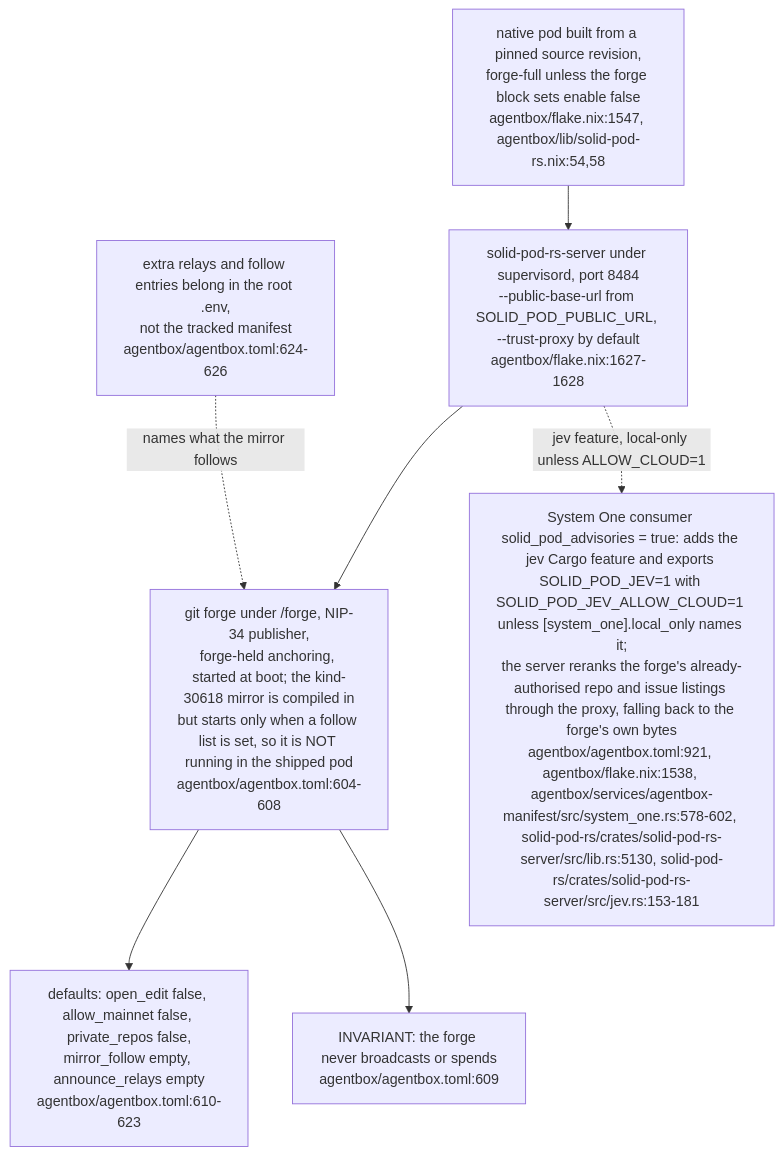
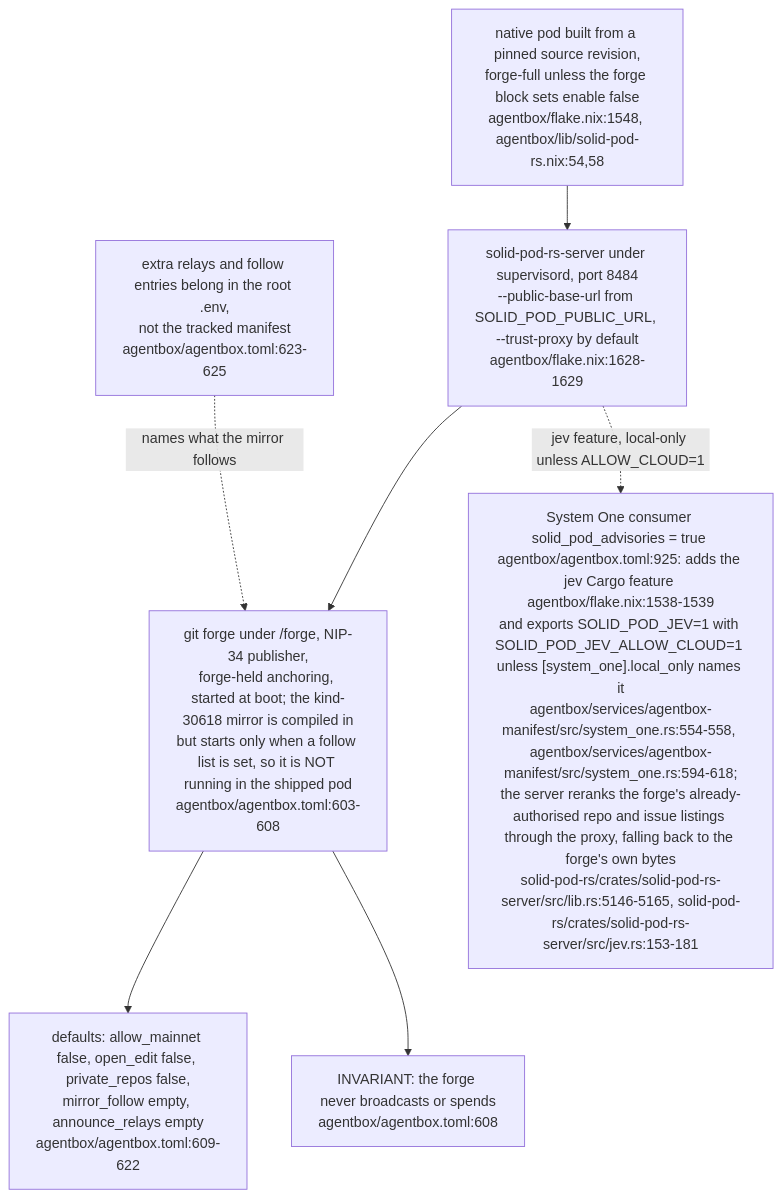
Before and after one commit to DreamLab-AI/VisionFlow: diagram 13 of 13 in docs/diagrams/estate/08-solid-pod-estate.md, drawn with Mermaid. The commit also changed other lines of this file and 91 other files, not shown here.

````diff
--- a/docs/diagrams/estate/08-solid-pod-estate.md
+++ b/docs/diagrams/estate/08-solid-pod-estate.md
@@ -528,15 +552,15 @@
 ```mermaid
 flowchart TB
-    PIN["native pod built from a pinned source revision,<br/>forge-full unless the forge block sets enable false<br/>agentbox/flake.nix:1547, agentbox/lib/solid-pod-rs.nix:54,58"]
-    SRV["solid-pod-rs-server under supervisord, port 8484<br/>--public-base-url from SOLID_POD_PUBLIC_URL, --trust-proxy by default<br/>agentbox/flake.nix:1627-1628"]
-    FORGE["git forge under /forge, NIP-34 publisher,<br/>forge-held anchoring, started at boot; the kind-30618 mirror is compiled in<br/>but starts only when a follow list is set, so it is NOT running in the shipped pod<br/>agentbox/agentbox.toml:604-608"]
-    OFF["defaults: open_edit false, allow_mainnet false, private_repos false,<br/>mirror_follow empty, announce_relays empty<br/>agentbox/agentbox.toml:610-623"]
-    JEV["System One consumer solid_pod_advisories = true: adds the jev Cargo feature and exports SOLID_POD_JEV=1 with SOLID_POD_JEV_ALLOW_CLOUD=1 unless [system_one].local_only names it;<br/>the server reranks the forge's already-authorised repo and issue listings through the proxy, falling back to the forge's own bytes<br/>agentbox/agentbox.toml:921, agentbox/flake.nix:1538, agentbox/services/agentbox-manifest/src/system_one.rs:578-602, solid-pod-rs/crates/solid-pod-rs-server/src/lib.rs:5130, solid-pod-rs/crates/solid-pod-rs-server/src/jev.rs:153-181"]
-    ENV["extra relays and follow entries belong in the root .env,<br/>not the tracked manifest<br/>agentbox/agentbox.toml:624-626"]
+    PIN["native pod built from a pinned source revision,<br/>forge-full unless the forge block sets enable false<br/>agentbox/flake.nix:1548, agentbox/lib/solid-pod-rs.nix:54,58"]
+    SRV["solid-pod-rs-server under supervisord, port 8484<br/>--public-base-url from SOLID_POD_PUBLIC_URL, --trust-proxy by default<br/>agentbox/flake.nix:1628-1629"]
+    FORGE["git forge under /forge, NIP-34 publisher,<br/>forge-held anchoring, started at boot; the kind-30618 mirror is compiled in<br/>but starts only when a follow list is set, so it is NOT running in the shipped pod<br/>agentbox/agentbox.toml:603-608"]
+    OFF["defaults: allow_mainnet false, open_edit false, private_repos false,<br/>mirror_follow empty, announce_relays empty<br/>agentbox/agentbox.toml:609-622"]
+    JEV["System One consumer solid_pod_advisories = true agentbox/agentbox.toml:925: adds the jev Cargo feature agentbox/flake.nix:1538-1539<br/>and exports SOLID_POD_JEV=1 with SOLID_POD_JEV_ALLOW_CLOUD=1 unless [system_one].local_only names it<br/>agentbox/services/agentbox-manifest/src/system_one.rs:554-558, agentbox/services/agentbox-manifest/src/system_one.rs:594-618;<br/>the server reranks the forge's already-authorised repo and issue listings through the proxy, falling back to the forge's own bytes<br/>solid-pod-rs/crates/solid-pod-rs-server/src/lib.rs:5146-5165, solid-pod-rs/crates/solid-pod-rs-server/src/jev.rs:153-181"]
+    ENV["extra relays and follow entries belong in the root .env,<br/>not the tracked manifest<br/>agentbox/agentbox.toml:623-625"]
     PIN --> SRV --> FORGE
     FORGE --> OFF
     SRV -.->|"jev feature, local-only unless ALLOW_CLOUD=1"| JEV
     ENV -.->|"names what the mirror follows"| FORGE
-    NOANCHOR["INVARIANT: the forge never broadcasts or spends<br/>agentbox/agentbox.toml:609"]
+    NOANCHOR["INVARIANT: the forge never broadcasts or spends<br/>agentbox/agentbox.toml:608"]
     FORGE --> NOANCHOR
 ```
````
